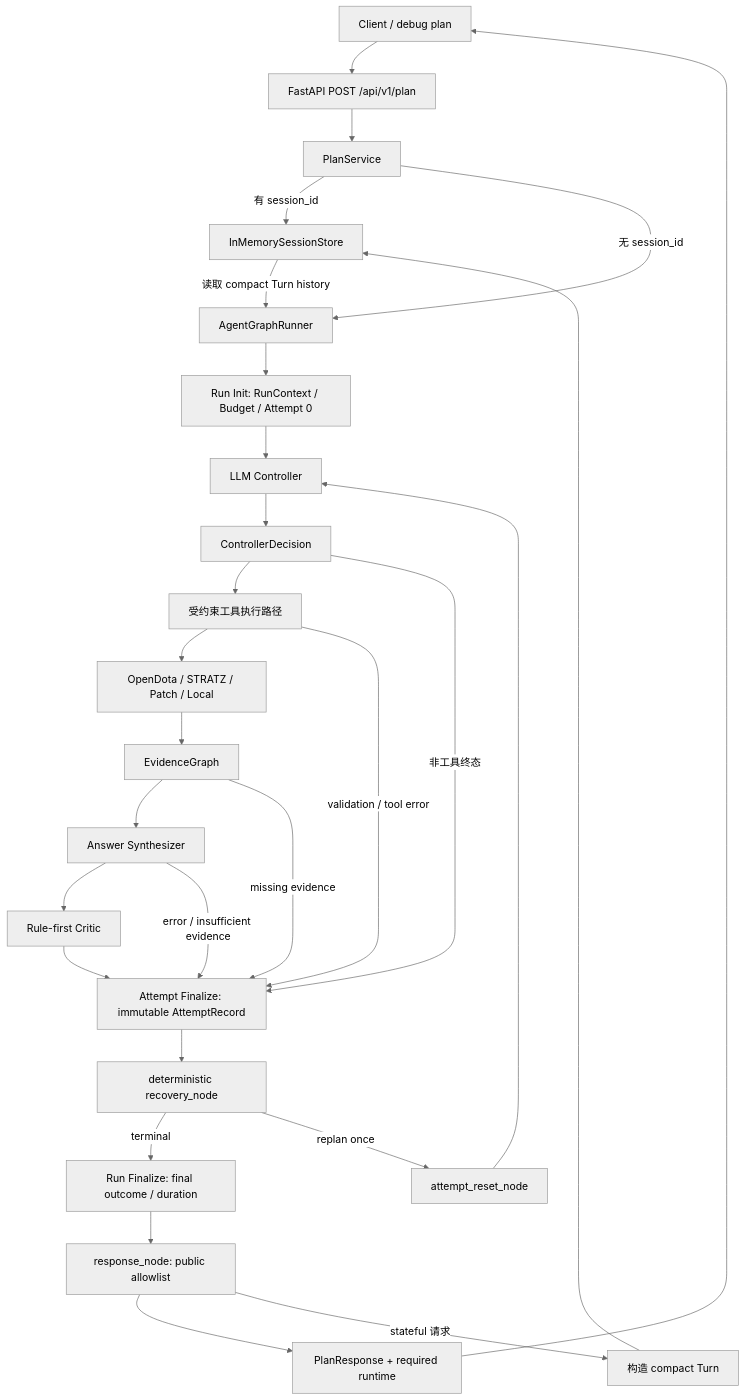
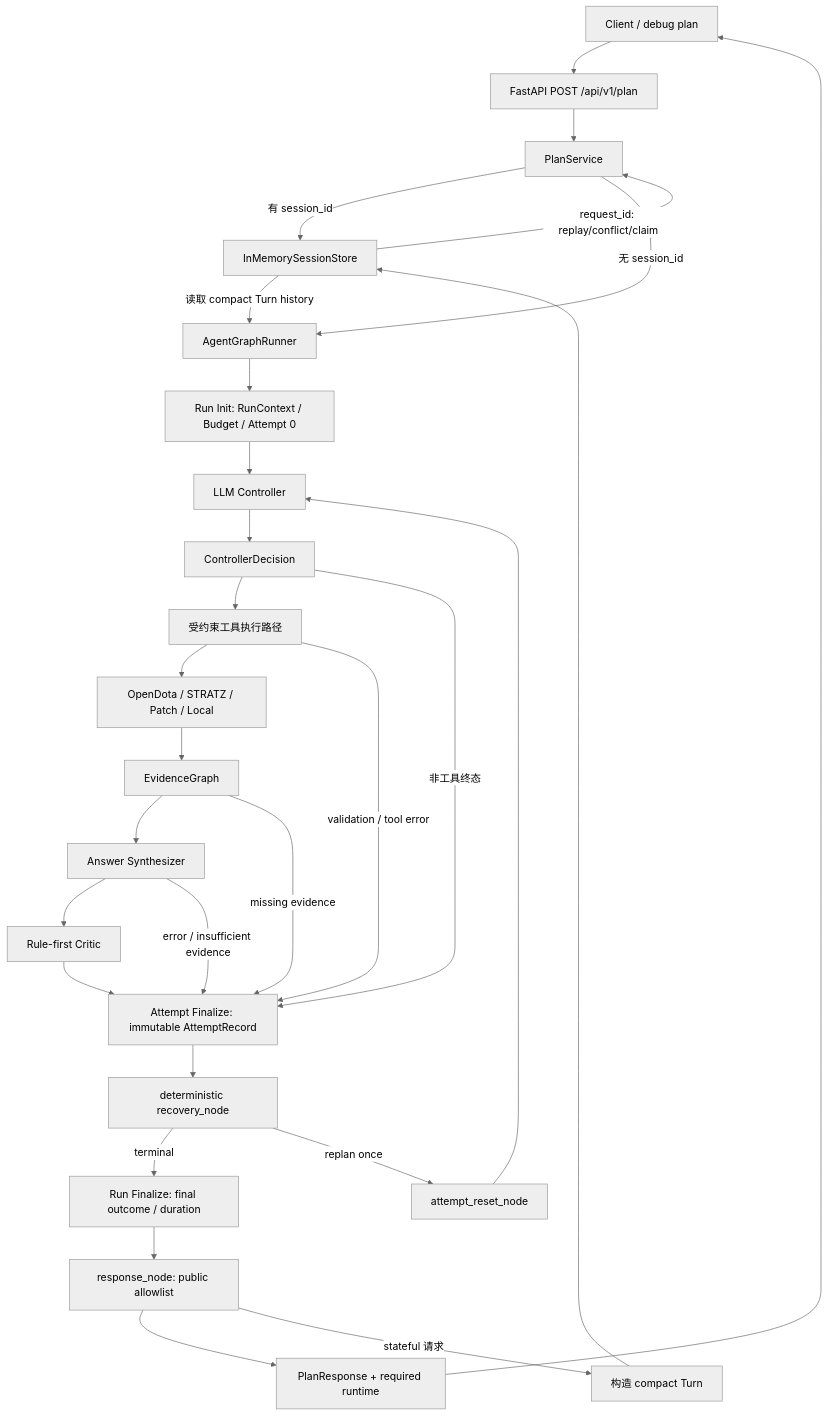
Before and after one commit to Philip23333/DotaMind: the first of 5 diagrams in docs/design/architecture/整体架构.md, drawn with Mermaid (neutral theme). The commit also changed other lines of this file and 21 other files, not shown here.

````diff
--- a/docs/design/architecture/整体架构.md
+++ b/docs/design/architecture/整体架构.md
@@ -16,35 +16,36 @@
 ```mermaid
 flowchart TD
     Client["Client / debug plan"] --> API["FastAPI POST /api/v1/plan"]
     API --> Service["PlanService"]
 
     Service -->|"有 session_id"| Store["InMemorySessionStore"]
+    Store -->|"request_id: replay/conflict/claim"| Service
     Store -->|"读取 compact Turn history"| Graph["AgentGraphRunner"]
     Service -->|"无 session_id"| Graph
 
     Graph --> RunInit["Run Init: RunContext / Budget / Attempt 0"]
     RunInit --> Controller["LLM Controller"]
     Controller --> Decision["ControllerDecision"]
     Decision --> ToolPath["受约束工具执行路径"]
     ToolPath --> Integrations["OpenDota / STRATZ / Patch / Local"]
     Integrations --> Evidence["EvidenceGraph"]
     Evidence --> Answer["Answer Synthesizer"]
     Answer --> Critic["Rule-first Critic"]
     Critic --> AttemptFinalize["Attempt Finalize: immutable AttemptRecord"]
 
     Decision -->|"非工具终态"| AttemptFinalize
     ToolPath -->|"validation / tool error"| AttemptFinalize
     Evidence -->|"missing evidence"| AttemptFinalize
     Answer -->|"error / insufficient evidence"| AttemptFinalize
 
     AttemptFinalize --> Recovery["deterministic recovery_node"]
     Recovery -->|"terminal"| RunFinalize["Run Finalize: final outcome / duration"]
     Recovery -->|"replan once"| Reset["attempt_reset_node"]
     Reset --> Controller
     RunFinalize --> Response["response_node: public allowlist"]
     Response --> Mapper["PlanResponse + required runtime"]
     Mapper --> Client
 
     Response -->|"stateful 请求"| Summary["构造 compact Turn"]
     Summary --> Store
 ```
````
